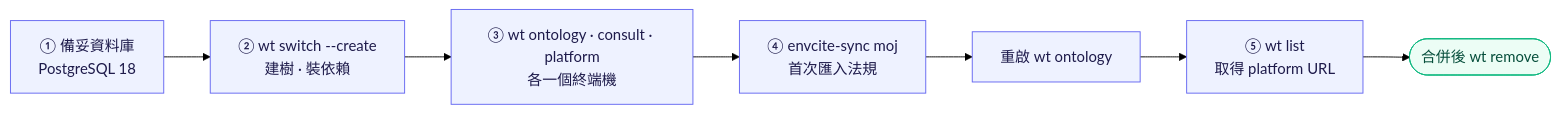
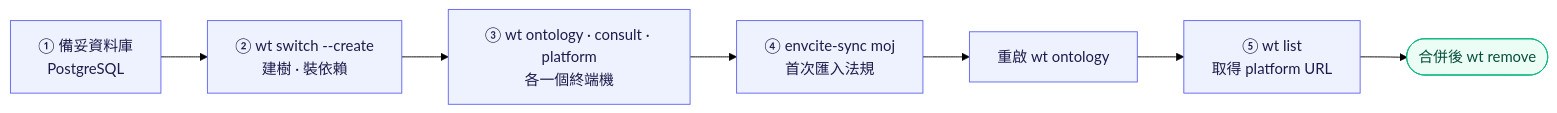
The diagram in CONTRIBUTING.md (elihu0211/envcite), drawn with Mermaid (forest theme) before and after one commit. The commit also changed other lines of this file and 14 other files, not shown here.

````diff
--- a/CONTRIBUTING.md
+++ b/CONTRIBUTING.md
@@ -19,15 +19,15 @@
 ```mermaid
 %%{init: {"flowchart": {"curve": "basis"}}}%%
 flowchart LR
-    db["① 備妥資料庫<br/>PostgreSQL 18"] --> br["② wt switch --create<br/>建樹 · 裝依賴"]
+    db["① 備妥資料庫<br/>PostgreSQL"] --> br["② wt switch --create<br/>建樹 · 裝依賴"]
     br --> svc["③ wt ontology · consult · platform<br/>各一個終端機"]
     svc --> imp["④ envcite-sync moj<br/>首次匯入法規"]
     imp --> restart["重啟 wt ontology"]
     restart --> list["⑤ wt list<br/>取得 platform URL"]
     list --> done(["合併後 wt remove"])
 
     classDef step fill:#eef2ff,stroke:#6366f1,color:#1e1b4b
     classDef end_ fill:#ecfdf5,stroke:#10b981,color:#064e3b
     class db,br,svc,imp,restart,list step
     class done end_
 ```
````
